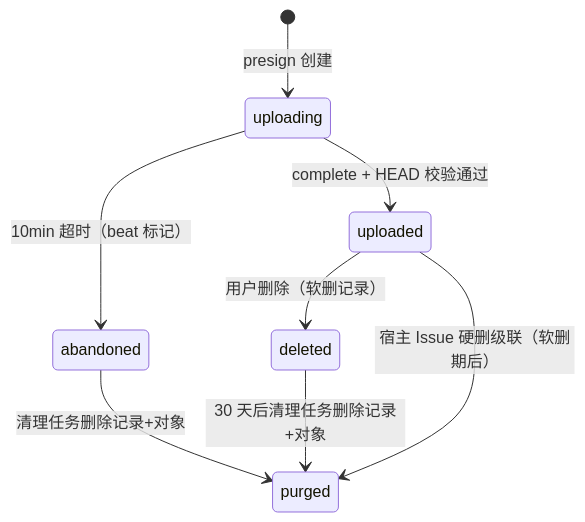
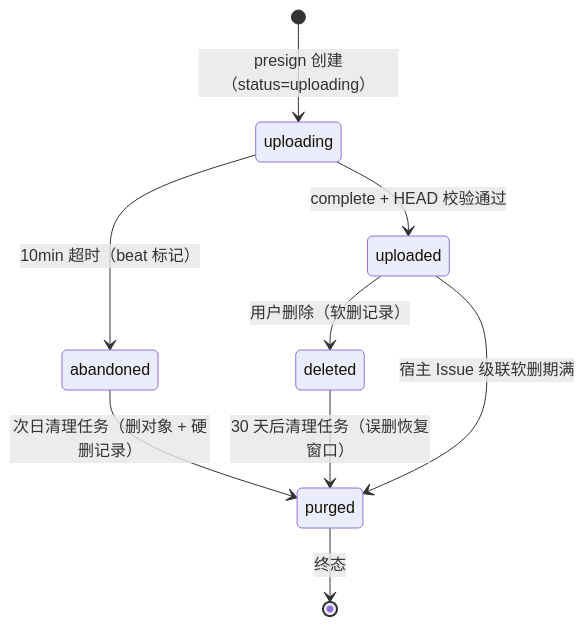
The second of 3 diagrams in docs/sprint-1-mvp/FILE-001-task-attachment.md (RabbitAI-Lab/RabbitProjects), drawn with Mermaid before and after one commit. The commit also changed other lines of this file and 86 other files, not shown here.

````diff
--- a/docs/sprint-1-mvp/FILE-001-task-attachment.md
+++ b/docs/sprint-1-mvp/FILE-001-task-attachment.md
@@ -85,10 +161,11 @@
 ```mermaid
 stateDiagram-v2
-    [*] --> uploading: presign 创建
+    [*] --> uploading: presign 创建（status=uploading）
     uploading --> uploaded: complete + HEAD 校验通过
     uploading --> abandoned: 10min 超时（beat 标记）
     uploaded --> deleted: 用户删除（软删记录）
-    abandoned --> purged: 清理任务删除记录+对象
-    deleted --> purged: 30 天后清理任务删除记录+对象
-    uploaded --> purged: 宿主 Issue 硬删级联（软删期后）
+    abandoned --> purged: 次日清理任务（删对象 + 硬删记录）
+    deleted --> purged: 30 天后清理任务（误删恢复窗口）
+    uploaded --> purged: 宿主 Issue 级联软删期满
+    purged --> [*]: 终态
 ```
````
